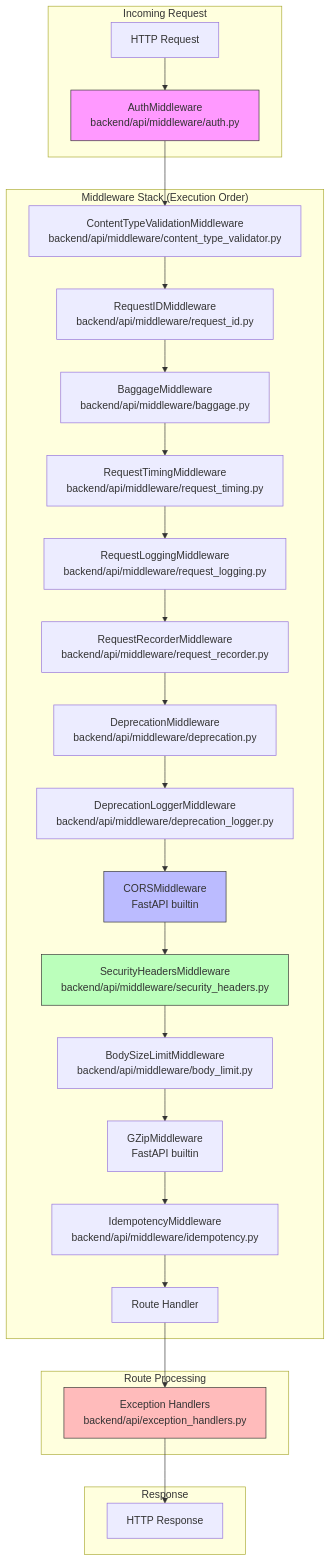
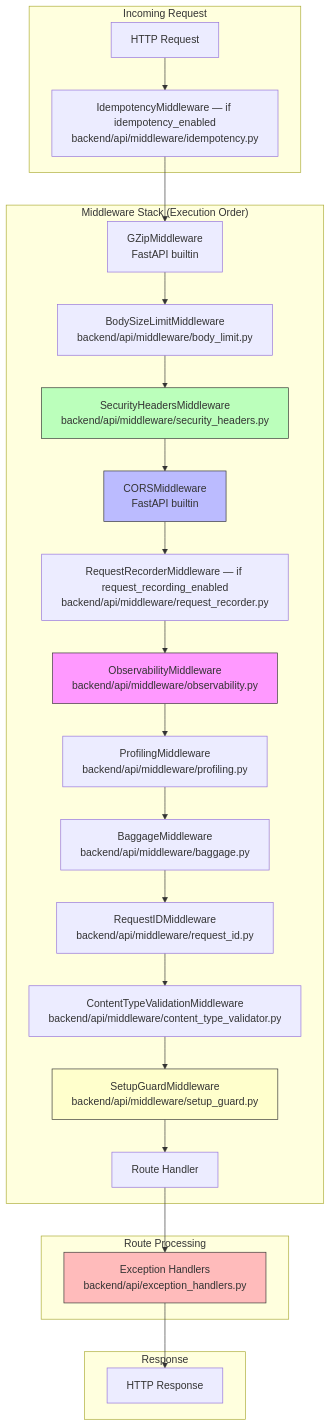
One commit to mikesvoboda/nemotron-v3-home-security-intelligence changed the diagram in docs/architecture/middleware/README.md. Above: the diagram before and after it, drawn with Mermaid. The commit also changed other lines of this file and 26 other files, not shown here.

````diff
--- a/docs/architecture/middleware/README.md
+++ b/docs/architecture/middleware/README.md
@@ -25,37 +25,36 @@
 ```mermaid
 graph TD
     subgraph "Incoming Request"
-        REQ[HTTP Request] --> AUTH
+        REQ[HTTP Request] --> IDEM
     end
 
     subgraph "Middleware Stack (Execution Order)"
-        AUTH[AuthMiddleware<br/>backend/api/middleware/auth.py] --> CT
-        CT[ContentTypeValidationMiddleware<br/>backend/api/middleware/content_type_validator.py] --> RID
-        RID[RequestIDMiddleware<br/>backend/api/middleware/request_id.py] --> BAG
-        BAG[BaggageMiddleware<br/>backend/api/middleware/baggage.py] --> RT
-        RT[RequestTimingMiddleware<br/>backend/api/middleware/request_timing.py] --> RL
-        RL[RequestLoggingMiddleware<br/>backend/api/middleware/request_logging.py] --> RR
-        RR[RequestRecorderMiddleware<br/>backend/api/middleware/request_recorder.py] --> DEP
-        DEP[DeprecationMiddleware<br/>backend/api/middleware/deprecation.py] --> DEPL
-        DEPL[DeprecationLoggerMiddleware<br/>backend/api/middleware/deprecation_logger.py] --> CORS
-        CORS[CORSMiddleware<br/>FastAPI builtin] --> SEC
-        SEC[SecurityHeadersMiddleware<br/>backend/api/middleware/security_headers.py] --> BL
-        BL[BodySizeLimitMiddleware<br/>backend/api/middleware/body_limit.py] --> GZIP
-        GZIP[GZipMiddleware<br/>FastAPI builtin] --> IDEM
-        IDEM[IdempotencyMiddleware<br/>backend/api/middleware/idempotency.py] --> ROUTE
+        IDEM[IdempotencyMiddleware — if idempotency_enabled<br/>backend/api/middleware/idempotency.py] --> GZIP
+        GZIP[GZipMiddleware<br/>FastAPI builtin] --> BL
+        BL[BodySizeLimitMiddleware<br/>backend/api/middleware/body_limit.py] --> SEC
+        SEC[SecurityHeadersMiddleware<br/>backend/api/middleware/security_headers.py] --> CORS
+        CORS[CORSMiddleware<br/>FastAPI builtin] --> RR
+        RR[RequestRecorderMiddleware — if request_recording_enabled<br/>backend/api/middleware/request_recorder.py] --> OBS
+        OBS[ObservabilityMiddleware<br/>backend/api/middleware/observability.py] --> PROF
+        PROF[ProfilingMiddleware<br/>backend/api/middleware/profiling.py] --> BAG
+        BAG[BaggageMiddleware<br/>backend/api/middleware/baggage.py] --> RID
+        RID[RequestIDMiddleware<br/>backend/api/middleware/request_id.py] --> CT
+        CT[ContentTypeValidationMiddleware<br/>backend/api/middleware/content_type_validator.py] --> SG
+        SG[SetupGuardMiddleware<br/>backend/api/middleware/setup_guard.py] --> ROUTE
     end
 
     subgraph "Route Processing"
         ROUTE[Route Handler] --> EH
         EH[Exception Handlers<br/>backend/api/exception_handlers.py]
     end
 
     subgraph "Response"
         EH --> RESP[HTTP Response]
     end
 
-    style AUTH fill:#f9f,stroke:#333
+    style OBS fill:#f9f,stroke:#333
     style CORS fill:#bbf,stroke:#333
     style SEC fill:#bfb,stroke:#333
+    style SG fill:#ffc,stroke:#333
     style EH fill:#fbb,stroke:#333
 ```
````
